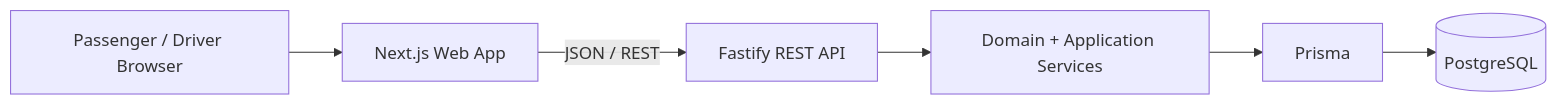
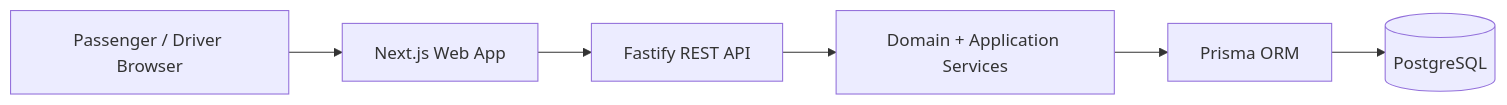
One commit to sajedur-me/dhaka-tesla-pool changed the diagram in README.md. Above: the diagram before and after it, drawn with Mermaid.

Commit message:
fix(docs): repair README architecture diagram

````diff
--- a/README.md
+++ b/README.md
@@ -75,15 +75,8 @@
 ```mermaid
 flowchart LR
-    Browser[Passenger / Driver Browser]
-    Web[Next.js Web App]
-    API[Fastify REST API]
-    Domain[Domain + Application Services]
-    Prisma[Prisma]
-    DB[(PostgreSQL)]
-
-    Browser --> Web
-    Web -->|JSON / REST| API
-    API --> Domain
-    Domain --> Prisma
-    Prisma --> DB
+    Browser["Passenger / Driver Browser"] --> Web["Next.js Web App"]
+    Web --> API["Fastify REST API"]
+    API --> Domain["Domain + Application Services"]
+    Domain --> ORM["Prisma ORM"]
+    ORM --> DB[("PostgreSQL")]
 ```
````
